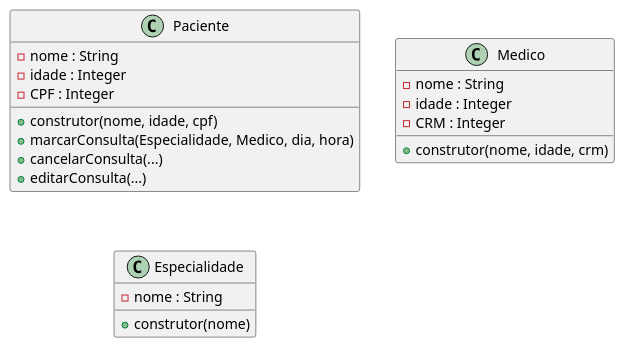
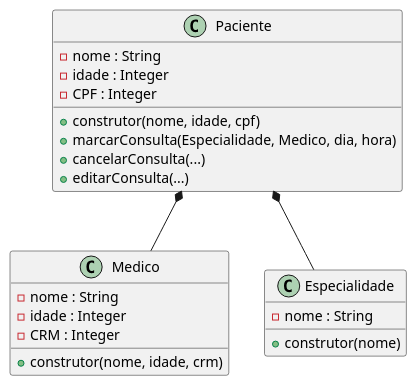
One commit to anleaes/2022-1-N2-POO-03 changed the diagram in diagrama.plantuml. Above: the diagram before and after it, drawn with PlantUML.

Commit message:
criado relações de herança entre
paciente e medico
paciente e especialidade

```diff
--- a/diagrama.plantuml
+++ b/diagrama.plantuml
@@ -1,27 +1,28 @@
 @startuml Gerenciamento de Exames Medicos
 
     class Paciente{
         - nome : String
         - idade : Integer
         - CPF : Integer
         + construtor(nome, idade, cpf)
         + marcarConsulta(Especialidade, Medico, dia, hora)
         + cancelarConsulta(...)
         + editarConsulta(...)
     }
 
     class Medico{
         - nome : String
         - idade : Integer
         - CRM : Integer
         + construtor(nome, idade, crm)
     }
 
     class Especialidade{
         - nome : String
         + construtor(nome)
     }
 
-
+    Paciente *-- Medico
+    Paciente *-- Especialidade
 
 @enduml
```
